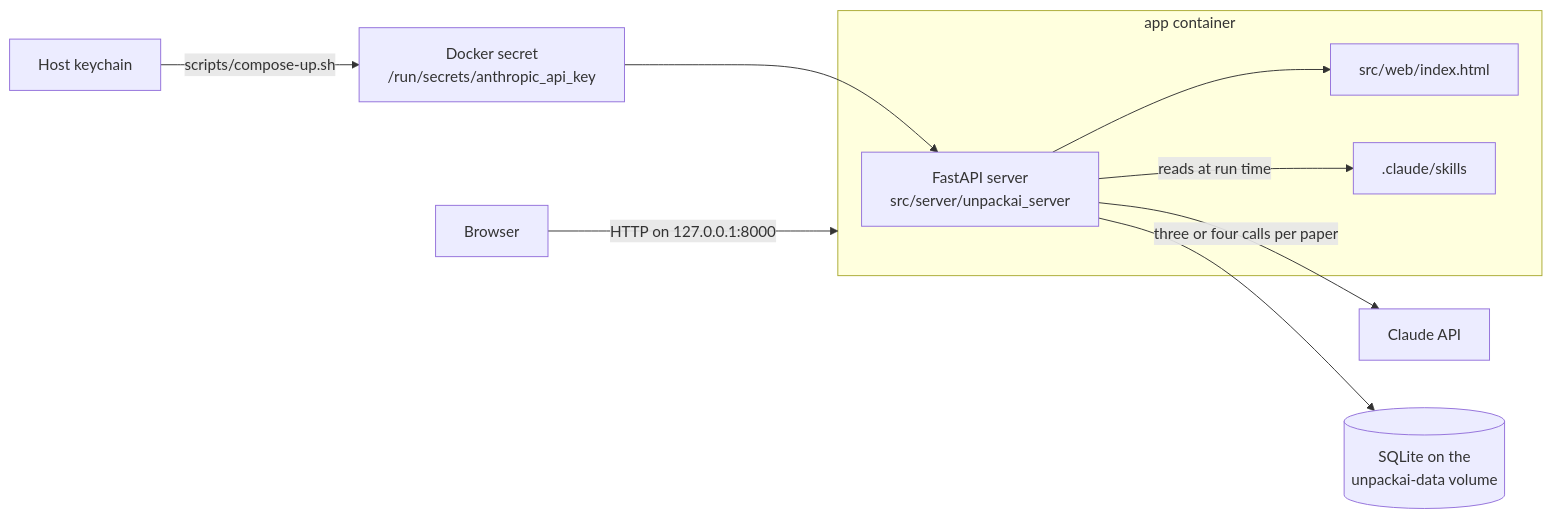
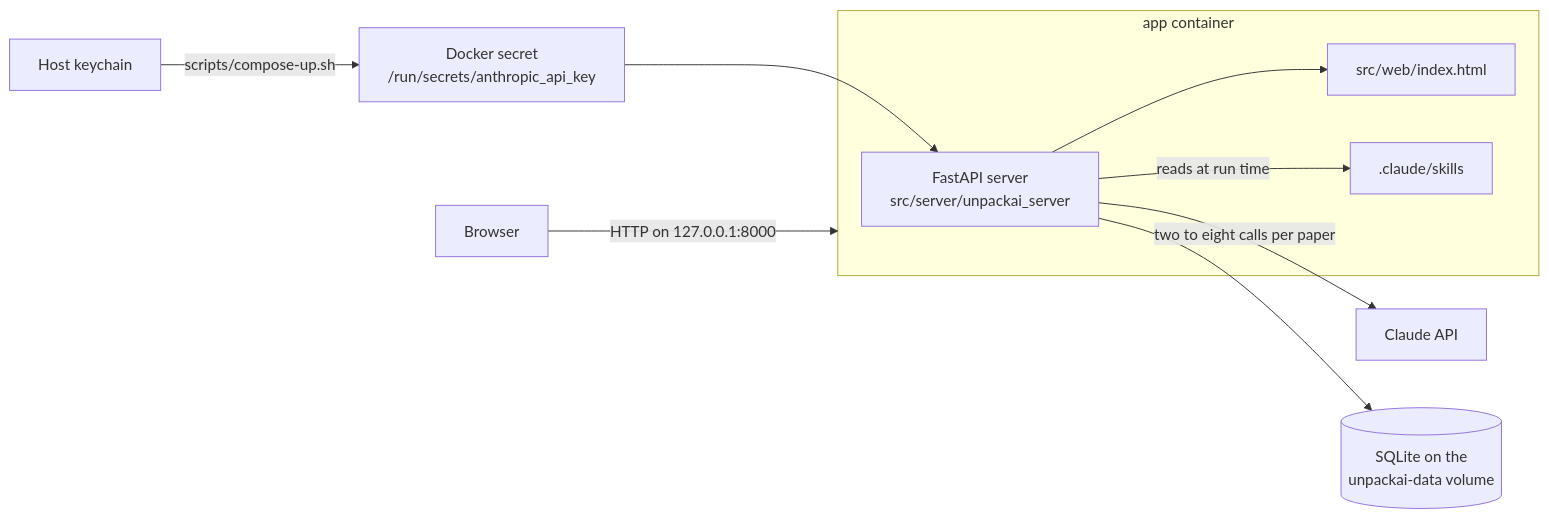
One commit to test-dan-run/UnpackAI changed the diagram in docs/architecture.md. Above: the diagram before and after it, drawn with Mermaid. The commit also changed other lines of this file and 8 other files, not shown here.

First line of the commit message:
Make one figures call for each figure template

````diff
--- a/docs/architecture.md
+++ b/docs/architecture.md
@@ -5,15 +5,15 @@
 ```mermaid
 flowchart LR
   host["Host keychain"] -- "scripts/compose-up.sh" --> secret["Docker secret<br>/run/secrets/anthropic_api_key"]
   browser["Browser"] -- "HTTP on 127.0.0.1:8000" --> app
   subgraph app["app container"]
     server["FastAPI server<br>src/server/unpackai_server"]
     page["src/web/index.html"]
     skills[".claude/skills"]
   end
   secret --> server
   server --> page
   server -- "reads at run time" --> skills
-  server -- "three or four calls per paper" --> claude["Claude API"]
+  server -- "two to eight calls per paper" --> claude["Claude API"]
   server --> db[("SQLite on the<br>unpackai-data volume")]
 ```
````
